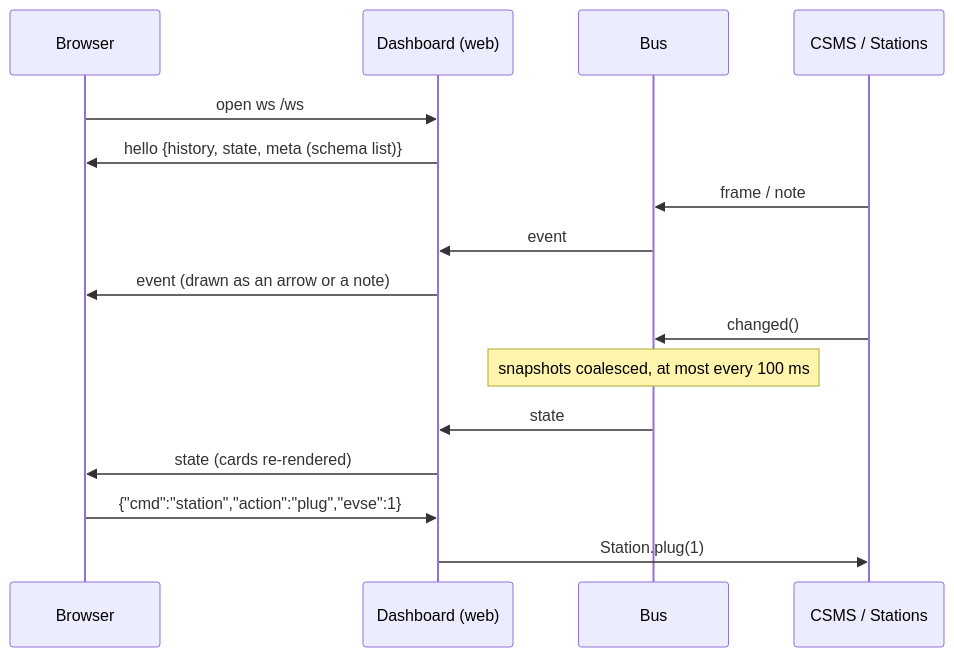
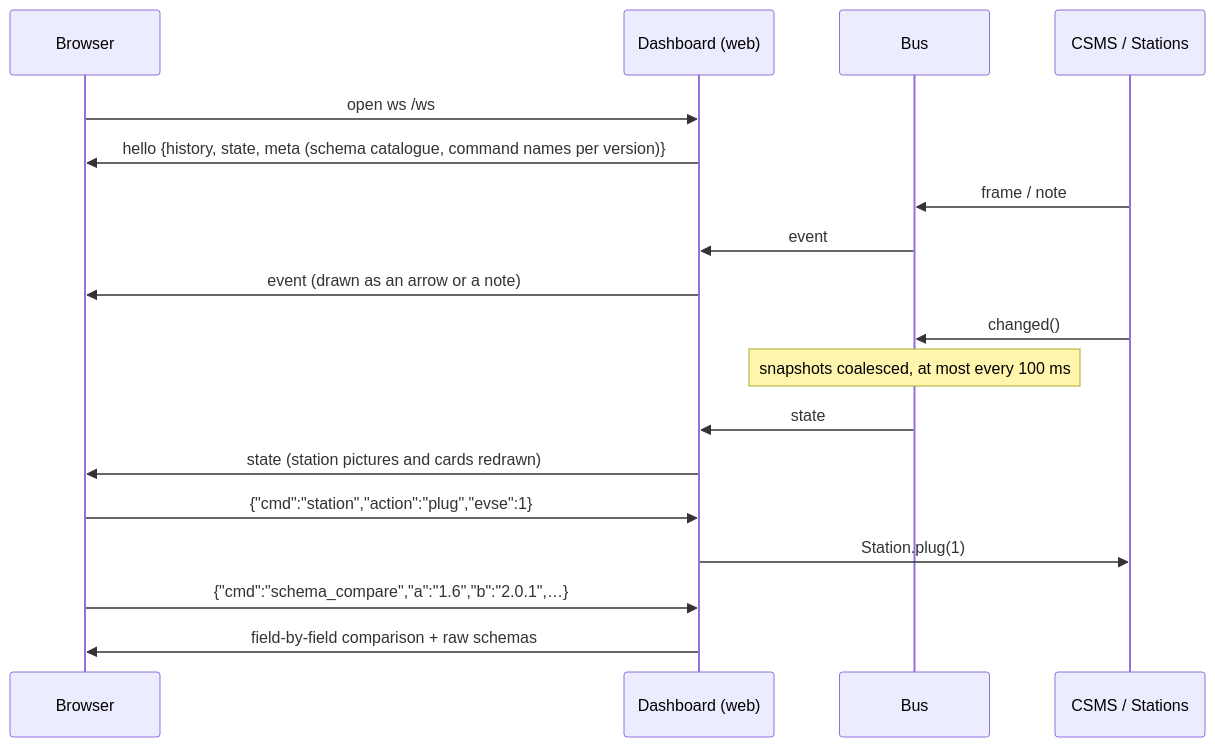
Before and after one commit to YAxelY/ocpp-playground: the ninth of 9 diagrams in docs/architecture.md, drawn with Mermaid. The commit also changed other lines of this file and 37 other files, not shown here.

First line of the commit message:
Add OCPP 1.6, picture-based dashboard and 3-version schema comparison

````diff
--- a/docs/architecture.md
+++ b/docs/architecture.md
@@ -247,18 +303,20 @@
 ```mermaid
 sequenceDiagram
     participant B as Browser
     participant D as Dashboard (web)
     participant Bus
     participant C as CSMS / Stations
     B->>D: open ws /ws
-    D->>B: hello {history, state, meta (schema list)}
+    D->>B: hello {history, state, meta (schema catalogue, command names per version)}
     C->>Bus: frame / note
     Bus->>D: event
     D->>B: event (drawn as an arrow or a note)
     C->>Bus: changed()
     Note over Bus: snapshots coalesced, at most every 100 ms
     Bus->>D: state
-    D->>B: state (cards re-rendered)
+    D->>B: state (station pictures and cards redrawn)
     B->>D: {"cmd":"station","action":"plug","evse":1}
     D->>C: Station.plug(1)
+    B->>D: {"cmd":"schema_compare","a":"1.6","b":"2.0.1",…}
+    D->>B: field-by-field comparison + raw schemas
 ```
````
